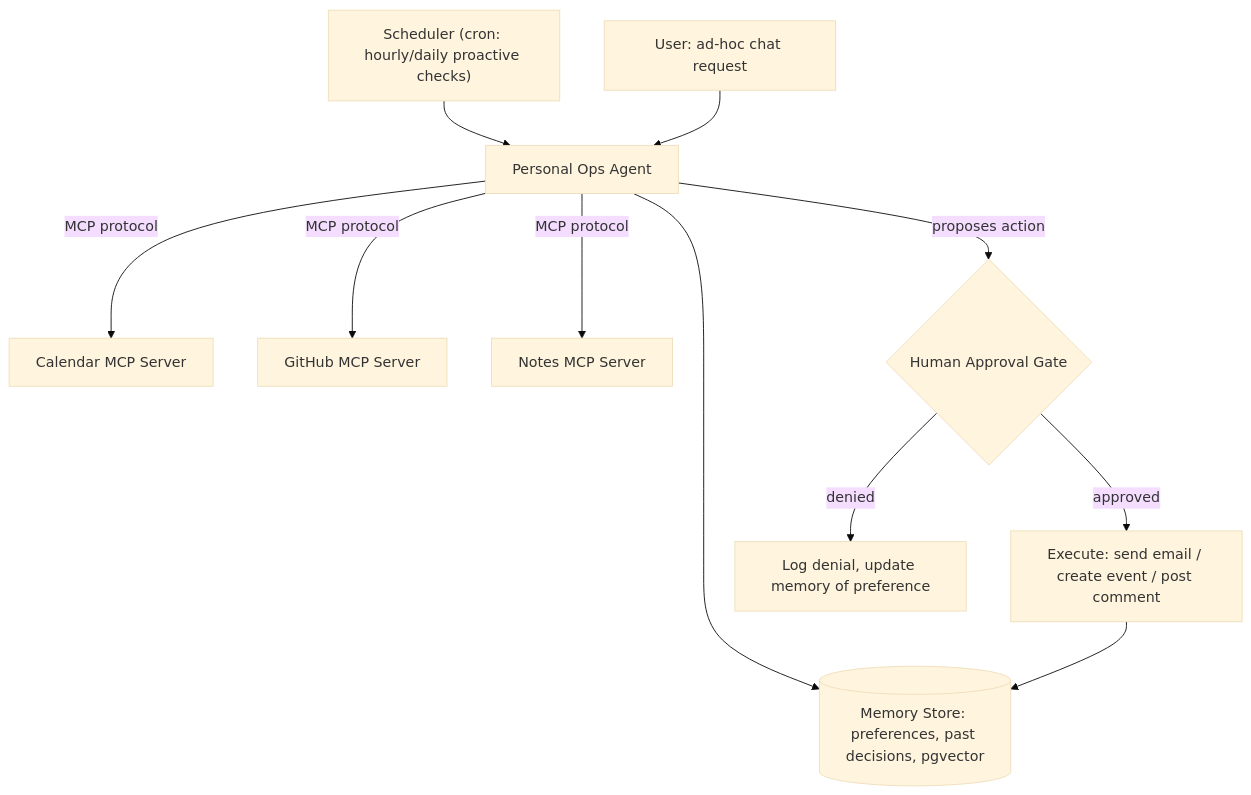
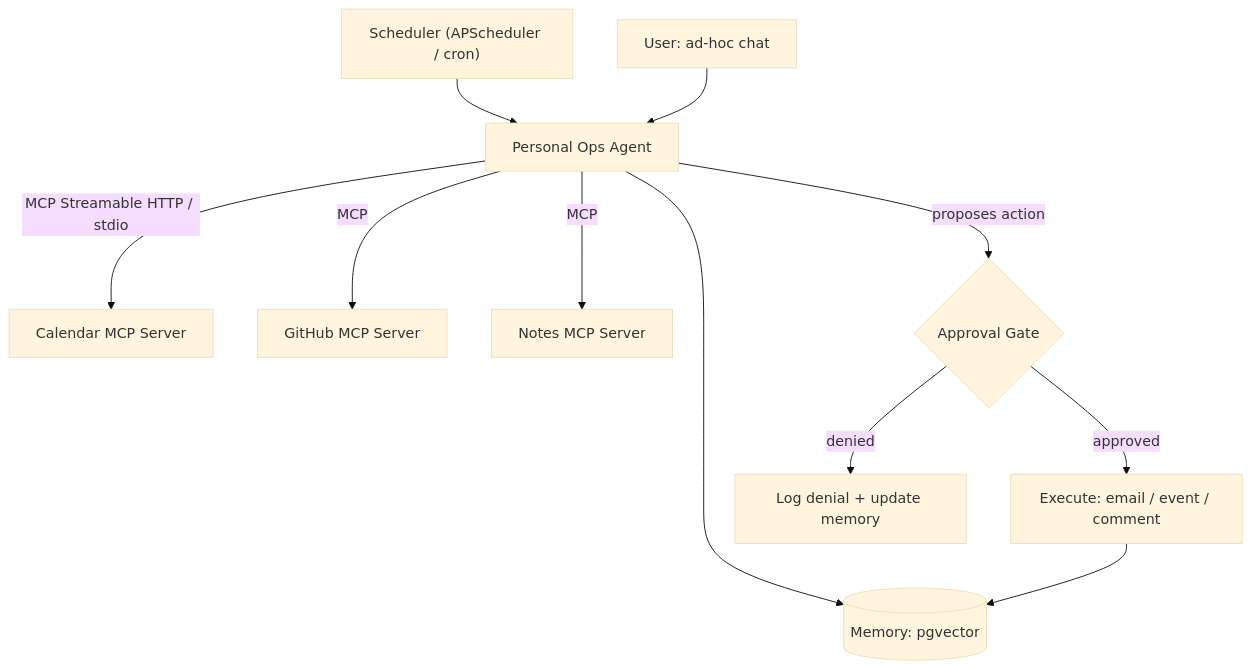
One commit to shrey1409/Multiple-AI-Agents-Projects changed the diagram in projects/04-mcp-personal-ops-agent/PLAN.md. Above: the diagram before and after it, drawn with Mermaid (base theme). The commit also changed other lines of this file and 11 other files, not shown here.

First line of the commit message:
fable-5: deep-revise projects 01-04 (finance, HITL, eval, MCP-ops)

````diff
--- a/projects/04-mcp-personal-ops-agent/PLAN.md
+++ b/projects/04-mcp-personal-ops-agent/PLAN.md
@@ -17,13 +17,13 @@
 ```mermaid
 flowchart TD
-    CRON["Scheduler (cron: hourly/daily proactive checks)"] --> AGENT[Personal Ops Agent]
-    USER["User: ad-hoc chat request"] --> AGENT
-    AGENT --> MEM[(Memory Store: preferences, past decisions, pgvector)]
-    AGENT -->|MCP protocol| CAL[Calendar MCP Server]
-    AGENT -->|MCP protocol| GH[GitHub MCP Server]
-    AGENT -->|MCP protocol| NOTES[Notes MCP Server]
-    AGENT -->|proposes action| APPROVE{Human Approval Gate}
-    APPROVE -->|approved| SEND["Execute: send email / create event / post comment"]
-    APPROVE -->|denied| DISCARD[Log denial, update memory of preference]
+    CRON["Scheduler (APScheduler / cron)"] --> AGENT[Personal Ops Agent]
+    USER["User: ad-hoc chat"] --> AGENT
+    AGENT --> MEM[(Memory: pgvector)]
+    AGENT -->|MCP Streamable HTTP / stdio| CAL[Calendar MCP Server]
+    AGENT -->|MCP| GH[GitHub MCP Server]
+    AGENT -->|MCP| NOTES[Notes MCP Server]
+    AGENT -->|proposes action| APPROVE{Approval Gate}
+    APPROVE -->|approved| SEND["Execute: email / event / comment"]
+    APPROVE -->|denied| DISCARD[Log denial + update memory]
     SEND --> MEM
 ```
````
